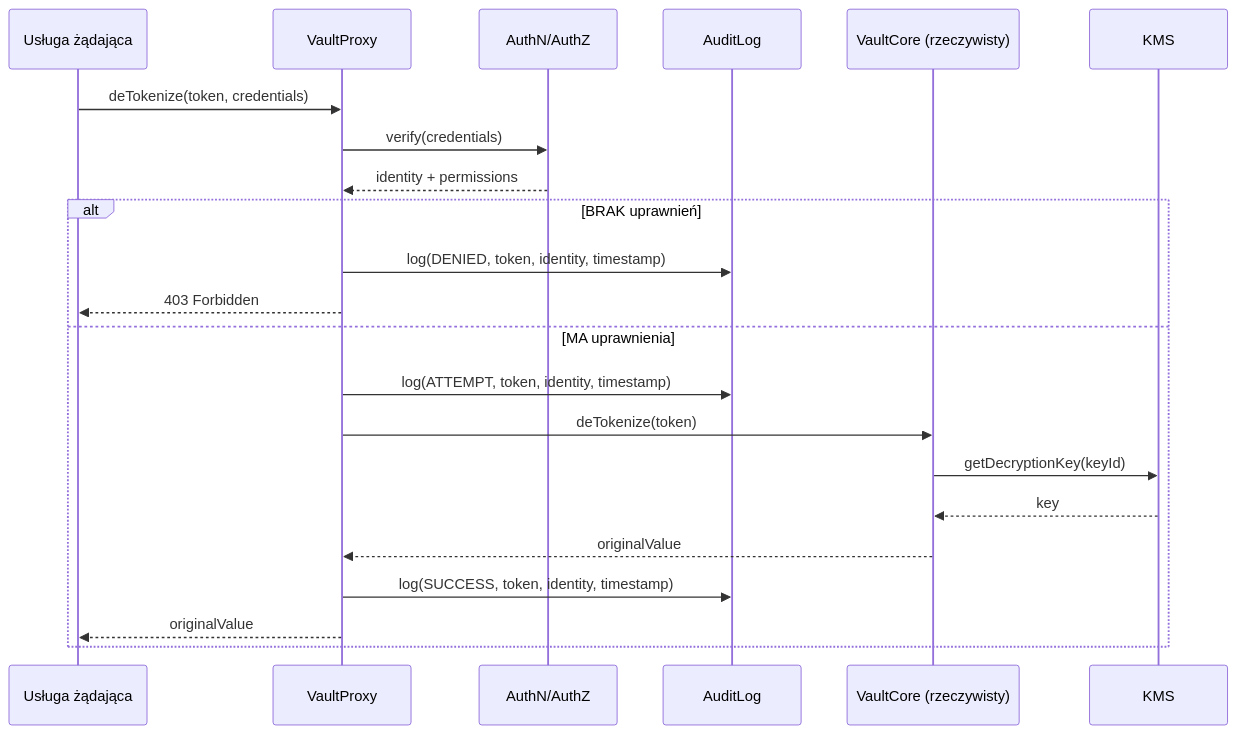
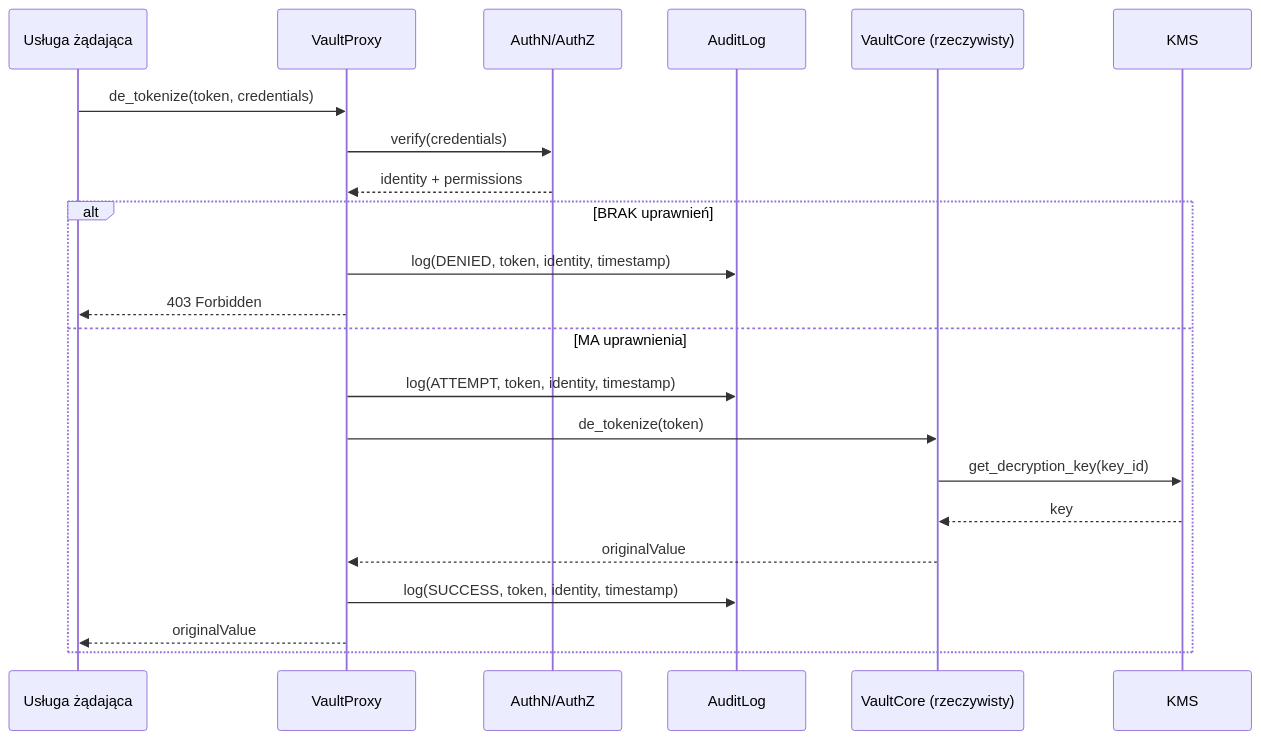
Before and after one commit to gniewekk/Privacy-Preserving-Context-Pipeline-for-LLMs-DP: the fifth of 14 diagrams in ARCHITECTURE.md, drawn with Mermaid. The commit also changed other lines of this file and 30 other files, not shown here.

````diff
--- a/ARCHITECTURE.md
+++ b/ARCHITECTURE.md
@@ -273,26 +273,26 @@
 ```mermaid
 sequenceDiagram
     participant Service as Usługa żądająca
     participant VaultProxy as VaultProxy
     participant AuthN as AuthN/AuthZ
     participant AuditLog as AuditLog
     participant VaultCore as VaultCore (rzeczywisty)
     participant KMS as KMS
 
-    Service->>VaultProxy: deTokenize(token, credentials)
+    Service->>VaultProxy: de_tokenize(token, credentials)
     VaultProxy->>AuthN: verify(credentials)
     AuthN-->>VaultProxy: identity + permissions
 
     alt BRAK uprawnień
         VaultProxy->>AuditLog: log(DENIED, token, identity, timestamp)
         VaultProxy-->>Service: 403 Forbidden
     else MA uprawnienia
         VaultProxy->>AuditLog: log(ATTEMPT, token, identity, timestamp)
-        VaultProxy->>VaultCore: deTokenize(token)
-        VaultCore->>KMS: getDecryptionKey(keyId)
+        VaultProxy->>VaultCore: de_tokenize(token)
+        VaultCore->>KMS: get_decryption_key(key_id)
         KMS-->>VaultCore: key
         VaultCore-->>VaultProxy: originalValue
         VaultProxy->>AuditLog: log(SUCCESS, token, identity, timestamp)
         VaultProxy-->>Service: originalValue
     end
 ```
````
